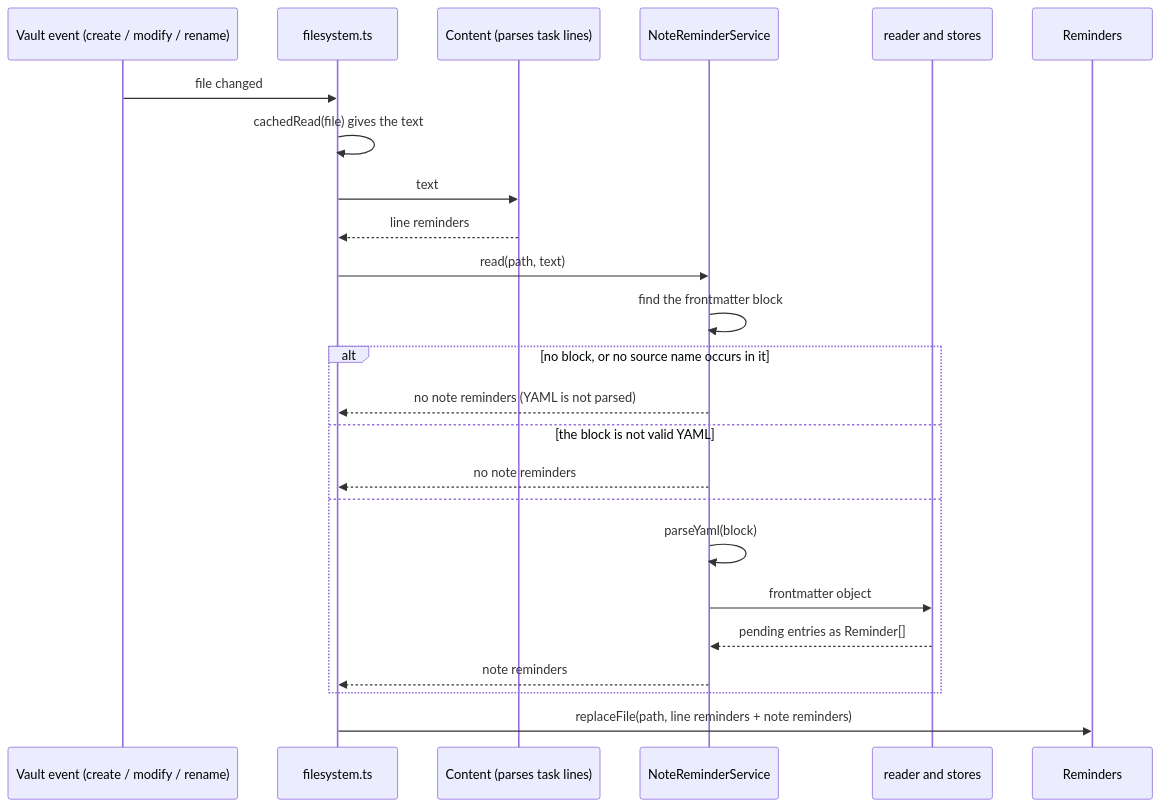
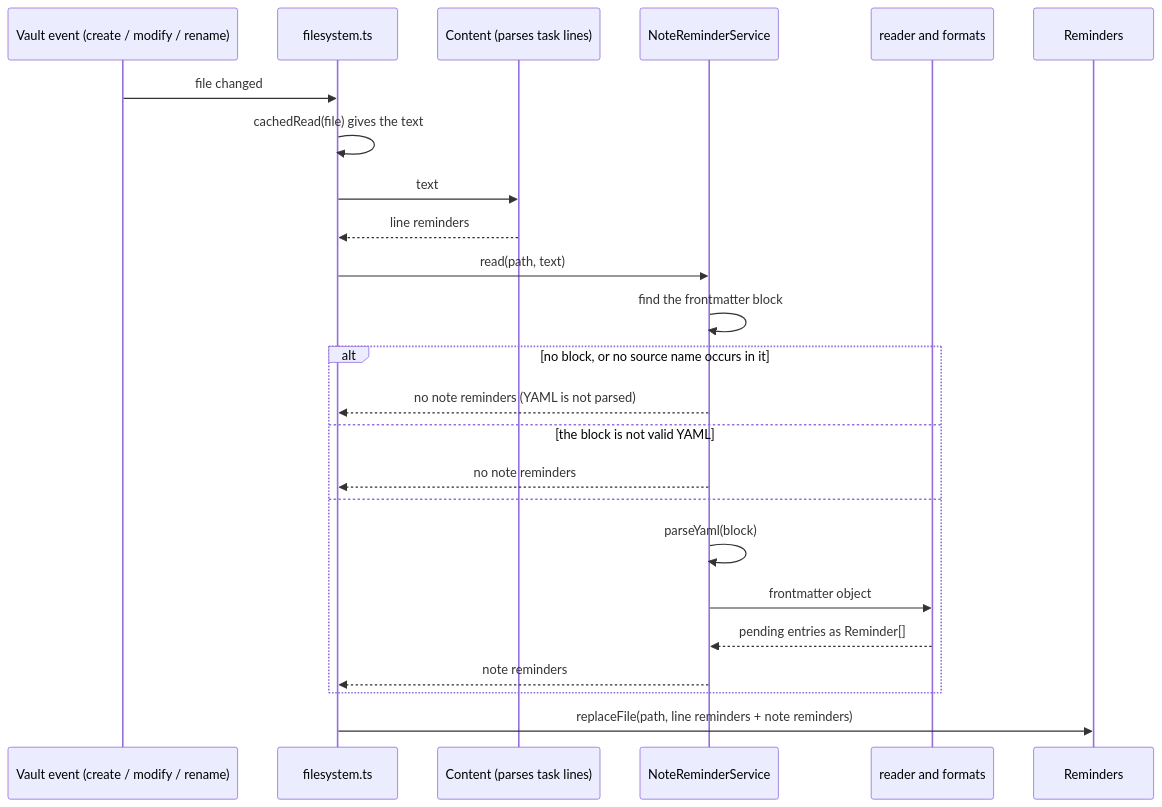
Before and after one commit to uphy/obsidian-reminder: the first of 2 diagrams in docs/designs/note-level-reminders.md, drawn with Mermaid. The commit also changed other lines of this file and 24 other files, not shown here.

````diff
--- a/docs/designs/note-level-reminders.md
+++ b/docs/designs/note-level-reminders.md
@@ -469,26 +472,26 @@
 ```mermaid
 sequenceDiagram
   participant V as Vault event (create / modify / rename)
   participant F as filesystem.ts
   participant C as Content (parses task lines)
   participant S as NoteReminderService
-  participant R as reader and stores
+  participant R as reader and formats
   participant M as Reminders
   V->>F: file changed
   F->>F: cachedRead(file) gives the text
   F->>C: text
   C-->>F: line reminders
   F->>S: read(path, text)
   S->>S: find the frontmatter block
   alt no block, or no source name occurs in it
     S-->>F: no note reminders (YAML is not parsed)
   else the block is not valid YAML
     S-->>F: no note reminders
   else
     S->>S: parseYaml(block)
     S->>R: frontmatter object
     R-->>S: pending entries as Reminder[]
     S-->>F: note reminders
   end
   F->>M: replaceFile(path, line reminders + note reminders)
 ```
````
